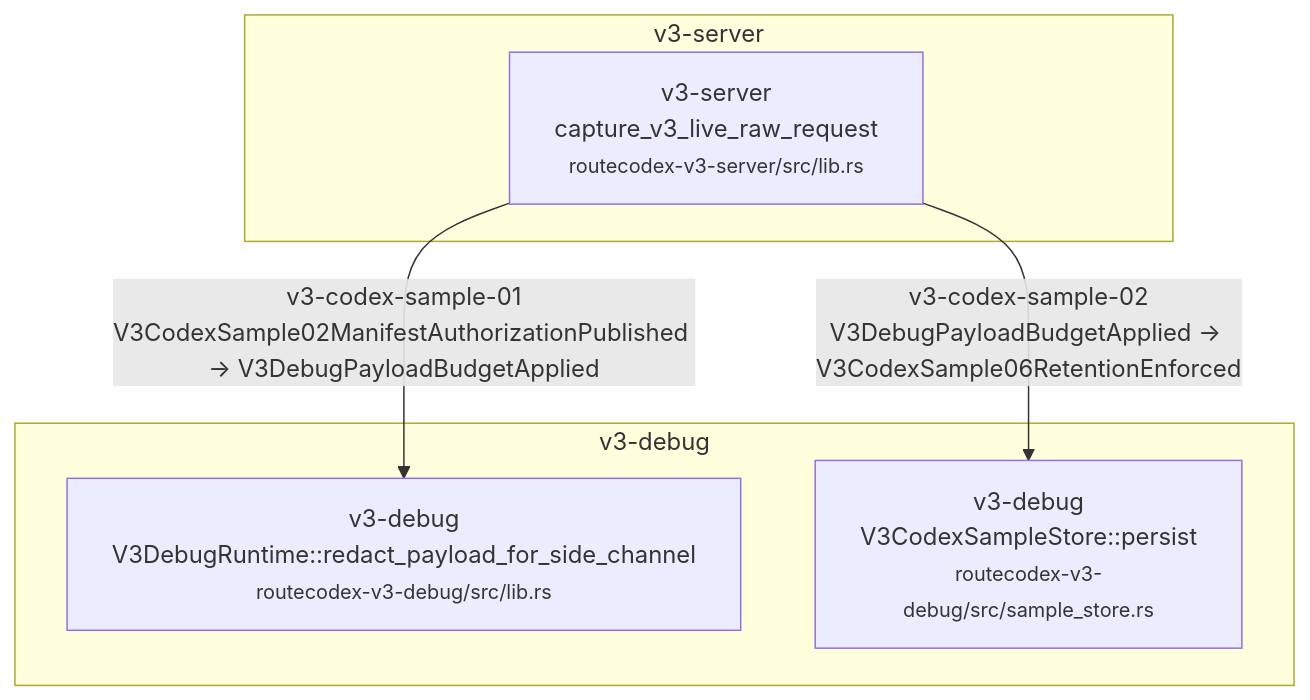
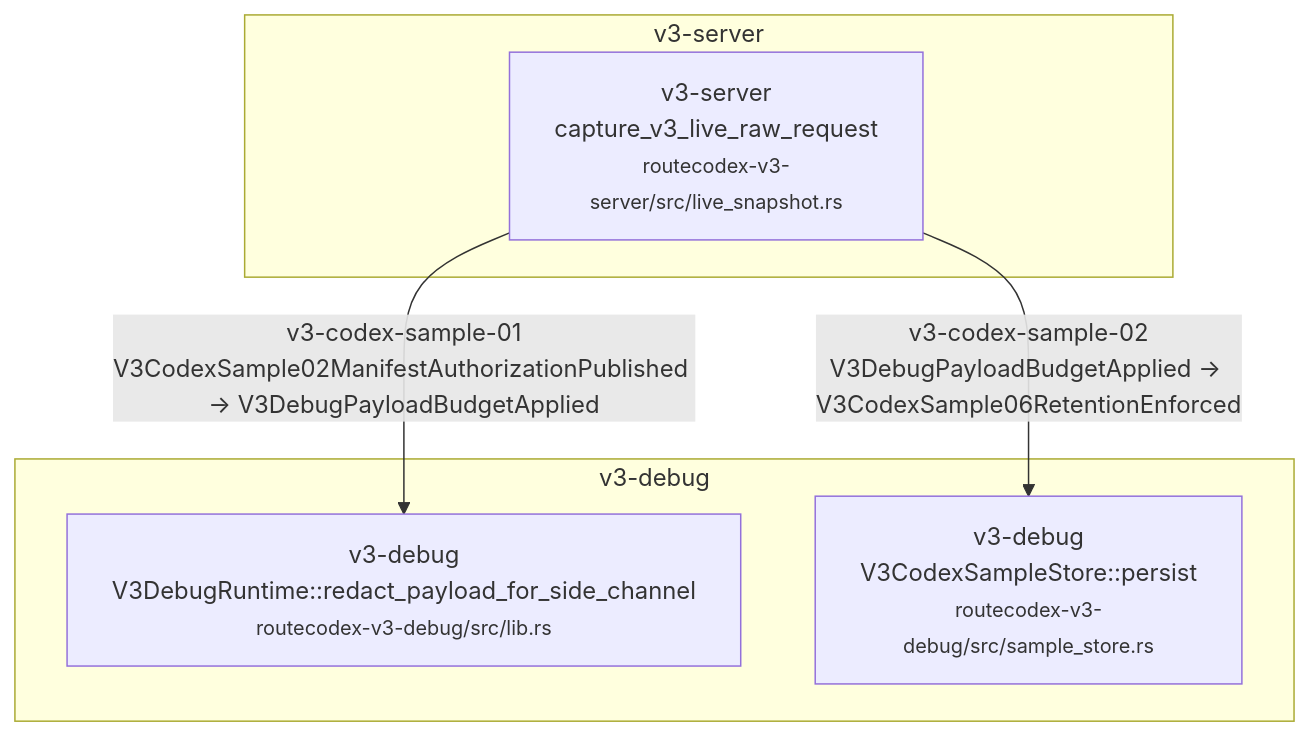
Before and after one commit to Jasonzhangf/routecodex: the fourth of 58 diagrams in docs/architecture/wiki/v3-mainline-caller-flow.md, drawn with Mermaid. The commit also changed other lines of this file and 15 other files, not shown here.

````diff
--- a/docs/architecture/wiki/v3-mainline-caller-flow.md
+++ b/docs/architecture/wiki/v3-mainline-caller-flow.md
@@ -203,12 +203,12 @@
 ```mermaid
 flowchart TD
   subgraph c_2_v3_codex_sample_retention_snap_scope_m_v3_debug["v3-debug"]
     c_2_v3_codex_sample_retention_snap_scope_1["v3-debug<br/>V3DebugRuntime::redact_payload_for_side_channel<br/><small>routecodex-v3-debug/src/lib.rs</small>"]
     c_2_v3_codex_sample_retention_snap_scope_2["v3-debug<br/>V3CodexSampleStore::persist<br/><small>routecodex-v3-debug/src/sample_store.rs</small>"]
   end
   subgraph c_2_v3_codex_sample_retention_snap_scope_m_v3_server["v3-server"]
-    c_2_v3_codex_sample_retention_snap_scope_0["v3-server<br/>capture_v3_live_raw_request<br/><small>routecodex-v3-server/src/lib.rs</small>"]
+    c_2_v3_codex_sample_retention_snap_scope_0["v3-server<br/>capture_v3_live_raw_request<br/><small>routecodex-v3-server/src/live_snapshot.rs</small>"]
   end
   c_2_v3_codex_sample_retention_snap_scope_0 -->|v3-codex-sample-01<br/>V3CodexSample02ManifestAuthorizationPublished → V3DebugPayloadBudgetApplied| c_2_v3_codex_sample_retention_snap_scope_1
   c_2_v3_codex_sample_retention_snap_scope_0 -->|v3-codex-sample-02<br/>V3DebugPayloadBudgetApplied → V3CodexSample06RetentionEnforced| c_2_v3_codex_sample_retention_snap_scope_2
 ```
````
